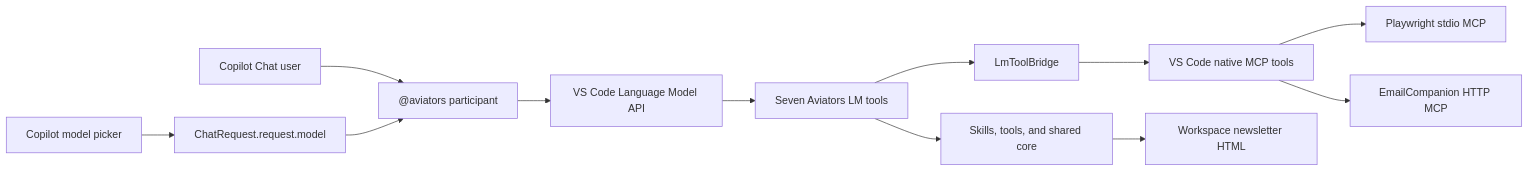
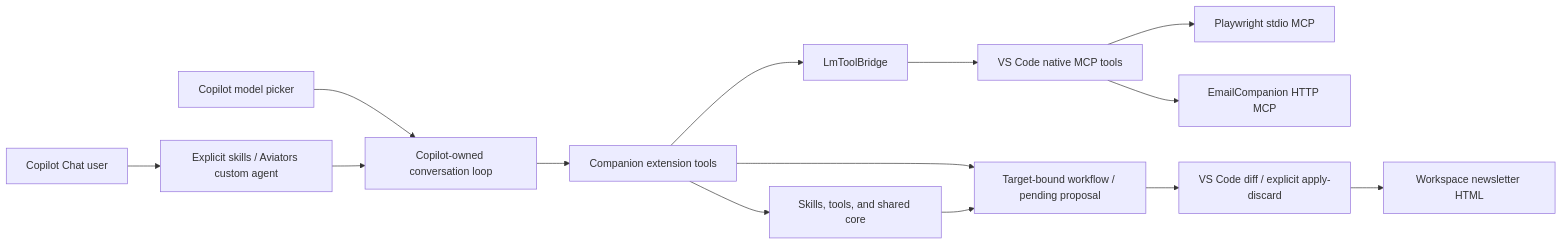
One commit to wsilveiranz/aviators-code-agent changed the first of 3 diagrams in ARCHITECTURE.md. Above: the diagram before and after it, drawn with Mermaid. The commit also changed other lines of this file and 29 other files, not shown here.

First line of the commit message:
Add comprehensive tests for Newsletter workflow runtime and output management

````diff
--- a/ARCHITECTURE.md
+++ b/ARCHITECTURE.md
@@ -7,14 +7,16 @@
 ```mermaid
 flowchart LR
-    User[Copilot Chat user] --> Participant["@aviators participant"]
-    Picker[Copilot model picker] --> RequestModel["ChatRequest.request.model"]
-    RequestModel --> Participant
-    Participant --> LM["VS Code Language Model API"]
-    LM --> LocalTools["Seven Aviators LM tools"]
+    User[Copilot Chat user] --> Plugin["Explicit skills / Aviators custom agent"]
+    Picker[Copilot model picker] --> Harness["Copilot-owned conversation loop"]
+    Plugin --> Harness
+    Harness --> LocalTools["Companion extension tools"]
     LocalTools --> Core["Skills, tools, and shared core"]
     LocalTools --> Bridge["LmToolBridge"]
     Bridge --> NativeMCP["VS Code native MCP tools"]
     NativeMCP --> Playwright["Playwright stdio MCP"]
     NativeMCP --> Email["EmailCompanion HTTP MCP"]
-    Core --> Output["Workspace newsletter HTML"]
+    LocalTools --> State["Target-bound workflow / pending proposal"]
+    Core --> State
+    State --> Review["VS Code diff / explicit apply-discard"]
+    Review --> Output["Workspace newsletter HTML"]
 ```
````
